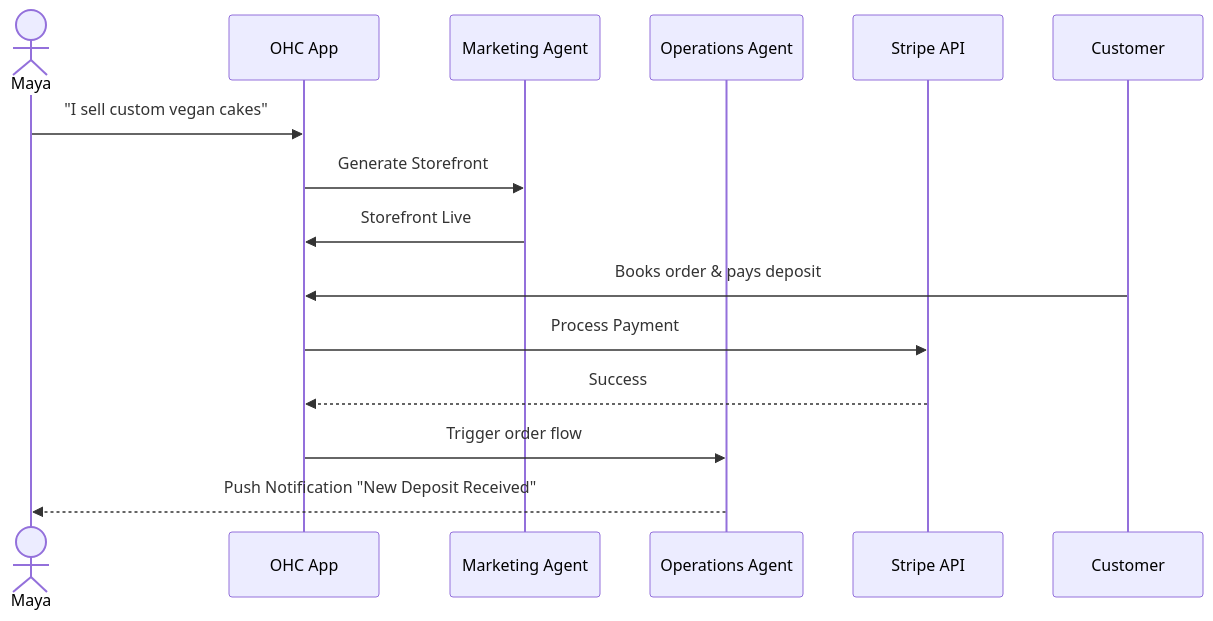
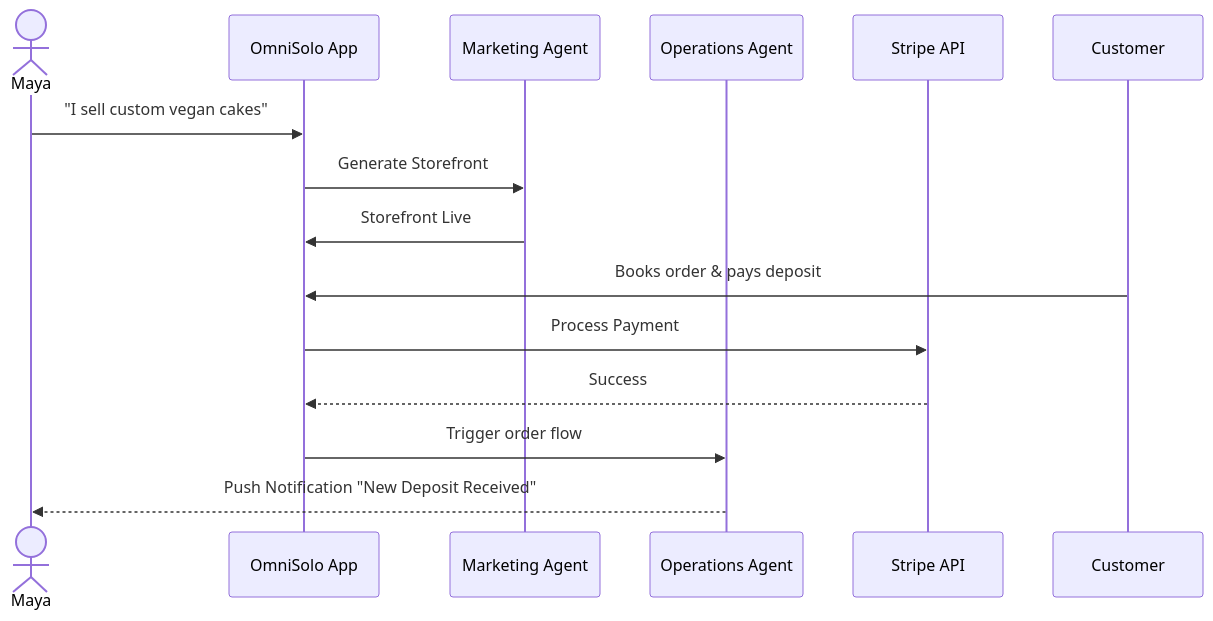
Before and after one commit to omnisolo-llc/onehumancorp: the first of 5 diagrams in docs/architecture/design_suite/complete_architecture_design_suite.md, drawn with Mermaid. The commit also changed other lines of this file and 2191 other files, not shown here.

Commit message:
feat: complete OmniSolo rename and browser audit

````diff
--- a/docs/architecture/design_suite/complete_architecture_design_suite.md
+++ b/docs/architecture/design_suite/complete_architecture_design_suite.md
@@ -33,17 +33,17 @@
 ```mermaid
 sequenceDiagram
     actor Maya
-    participant OHC as OHC App
+    participant OmniSolo as OmniSolo App
     participant AI_Mark as Marketing Agent
     participant AI_Ops as Operations Agent
     participant Stripe as Stripe API
 
-    Maya->>OHC: "I sell custom vegan cakes"
-    OHC->>AI_Mark: Generate Storefront
-    AI_Mark->>OHC: Storefront Live
-    Customer->>OHC: Books order & pays deposit
-    OHC->>Stripe: Process Payment
-    Stripe-->>OHC: Success
-    OHC->>AI_Ops: Trigger order flow
+    Maya->>OmniSolo: "I sell custom vegan cakes"
+    OmniSolo->>AI_Mark: Generate Storefront
+    AI_Mark->>OmniSolo: Storefront Live
+    Customer->>OmniSolo: Books order & pays deposit
+    OmniSolo->>Stripe: Process Payment
+    Stripe-->>OmniSolo: Success
+    OmniSolo->>AI_Ops: Trigger order flow
     AI_Ops-->>Maya: Push Notification "New Deposit Received"
 ```
````
